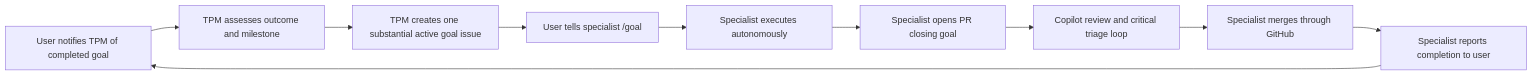
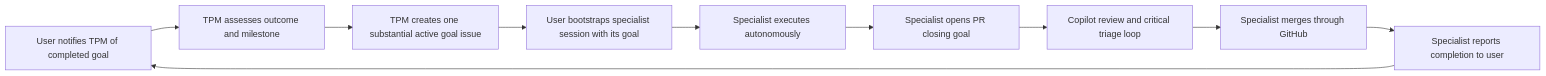
Before and after one commit to kpiteira/rpg-chronicle: the diagram in docs/OPERATING_MODEL.md, drawn with Mermaid. The commit also changed 16 other files, not shown here.

````diff
--- a/docs/OPERATING_MODEL.md
+++ b/docs/OPERATING_MODEL.md
@@ -54,12 +54,12 @@
 ```mermaid
 flowchart LR
     U["User notifies TPM of completed goal"] --> T["TPM assesses outcome and milestone"]
     T --> G["TPM creates one substantial active goal issue"]
-    G --> S["User tells specialist /goal"]
+    G --> S["User bootstraps specialist session with its goal"]
     S --> E["Specialist executes autonomously"]
     E --> P["Specialist opens PR closing goal"]
     P --> C["Copilot review and critical triage loop"]
     C --> M["Specialist merges through GitHub"]
     M --> R["Specialist reports completion to user"]
     R --> U
 ```
````
